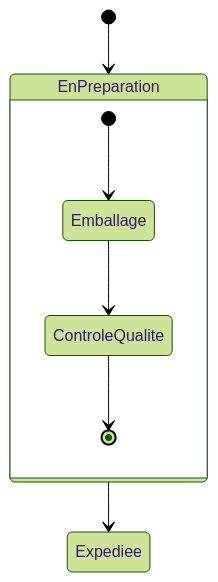
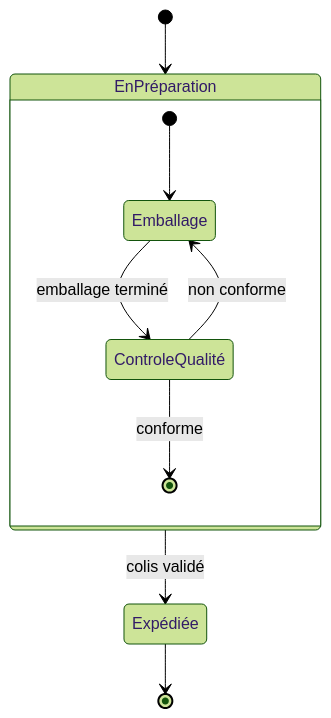
The fourth of 4 diagrams in 06-diagramme-etats/notes.md (JR-CIEL-2-PROGRAMMATION/uml-learning), drawn with Mermaid (forest theme) before and after one commit. The commit also changed other lines of this file and 5 other files, not shown here.

````diff
--- a/06-diagramme-etats/notes.md
+++ b/06-diagramme-etats/notes.md
@@ -51,10 +130,14 @@
 ```mermaid
 stateDiagram-v2
-    [*] --> EnPreparation
-    state EnPreparation {
+    [*] --> EnPréparation
+
+    state EnPréparation {
         [*] --> Emballage
-        Emballage --> ControleQualite
-        ControleQualite --> [*]
+        Emballage --> ControleQualité : emballage terminé
+        ControleQualité --> Emballage : non conforme
+        ControleQualité --> [*] : conforme
     }
-    EnPreparation --> Expediee
+
+    EnPréparation --> Expédiée : colis validé
+    Expédiée --> [*]
 ```
````
